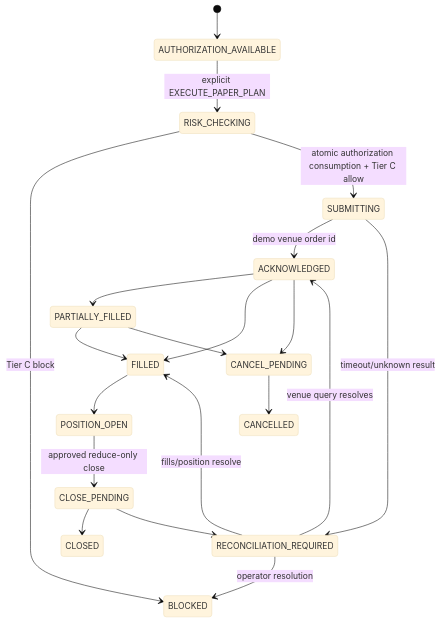
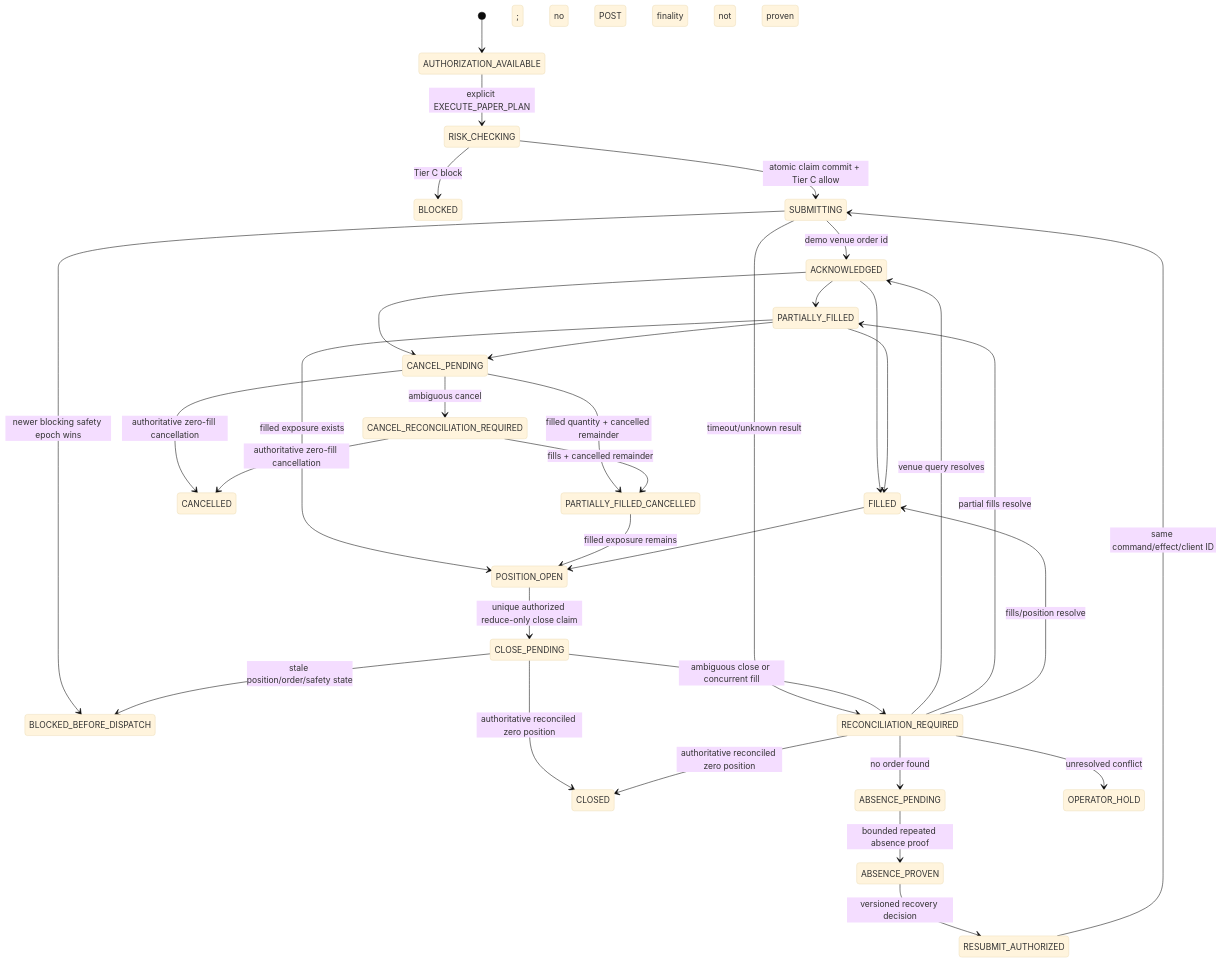
The fifth of 6 diagrams in docs/redesign/agentic_redesign_target_architecture.md (Fejjii/AlphaTrade-AI), drawn with Mermaid (base theme) before and after one commit. The commit also changed other lines of this file and 1 other file, not shown here.

Commit message:
docs: align final architecture contracts

````diff
--- a/docs/redesign/agentic_redesign_target_architecture.md
+++ b/docs/redesign/agentic_redesign_target_architecture.md
@@ -1012,22 +1047,36 @@
 ```mermaid
 stateDiagram-v2
     [*] --> AUTHORIZATION_AVAILABLE
     AUTHORIZATION_AVAILABLE --> RISK_CHECKING: explicit EXECUTE_PAPER_PLAN
     RISK_CHECKING --> BLOCKED: Tier C block
-    RISK_CHECKING --> SUBMITTING: atomic authorization consumption + Tier C allow
+    RISK_CHECKING --> SUBMITTING: atomic claim commit + Tier C allow
+    SUBMITTING --> BLOCKED_BEFORE_DISPATCH: newer blocking safety epoch wins
     SUBMITTING --> ACKNOWLEDGED: demo venue order id
     SUBMITTING --> RECONCILIATION_REQUIRED: timeout/unknown result
     ACKNOWLEDGED --> PARTIALLY_FILLED
     ACKNOWLEDGED --> FILLED
     PARTIALLY_FILLED --> FILLED
     ACKNOWLEDGED --> CANCEL_PENDING
     PARTIALLY_FILLED --> CANCEL_PENDING
-    CANCEL_PENDING --> CANCELLED
+    CANCEL_PENDING --> CANCEL_RECONCILIATION_REQUIRED: ambiguous cancel
+    CANCEL_PENDING --> CANCELLED: authoritative zero-fill cancellation
+    CANCEL_PENDING --> PARTIALLY_FILLED_CANCELLED: filled quantity + cancelled remainder
+    CANCEL_RECONCILIATION_REQUIRED --> CANCELLED: authoritative zero-fill cancellation
+    CANCEL_RECONCILIATION_REQUIRED --> PARTIALLY_FILLED_CANCELLED: fills + cancelled remainder
+    PARTIALLY_FILLED --> POSITION_OPEN: filled exposure exists
+    PARTIALLY_FILLED_CANCELLED --> POSITION_OPEN: filled exposure remains
     FILLED --> POSITION_OPEN
-    POSITION_OPEN --> CLOSE_PENDING: approved reduce-only close
-    CLOSE_PENDING --> CLOSED
-    CLOSE_PENDING --> RECONCILIATION_REQUIRED
+    POSITION_OPEN --> CLOSE_PENDING: unique authorized reduce-only close claim
+    CLOSE_PENDING --> BLOCKED_BEFORE_DISPATCH: stale position/order/safety state; no POST
+    CLOSE_PENDING --> RECONCILIATION_REQUIRED: ambiguous close or concurrent fill
+    CLOSE_PENDING --> CLOSED: authoritative reconciled zero position
     RECONCILIATION_REQUIRED --> ACKNOWLEDGED: venue query resolves
+    RECONCILIATION_REQUIRED --> PARTIALLY_FILLED: partial fills resolve
     RECONCILIATION_REQUIRED --> FILLED: fills/position resolve
-    RECONCILIATION_REQUIRED --> BLOCKED: operator resolution
+    RECONCILIATION_REQUIRED --> ABSENCE_PENDING: no order found; finality not proven
+    ABSENCE_PENDING --> ABSENCE_PROVEN: bounded repeated absence proof
+    ABSENCE_PROVEN --> RESUBMIT_AUTHORIZED: versioned recovery decision
+    RESUBMIT_AUTHORIZED --> SUBMITTING: same command/effect/client ID
+    RECONCILIATION_REQUIRED --> OPERATOR_HOLD: unresolved conflict
+    RECONCILIATION_REQUIRED --> CLOSED: authoritative reconciled zero position
 ```
````
